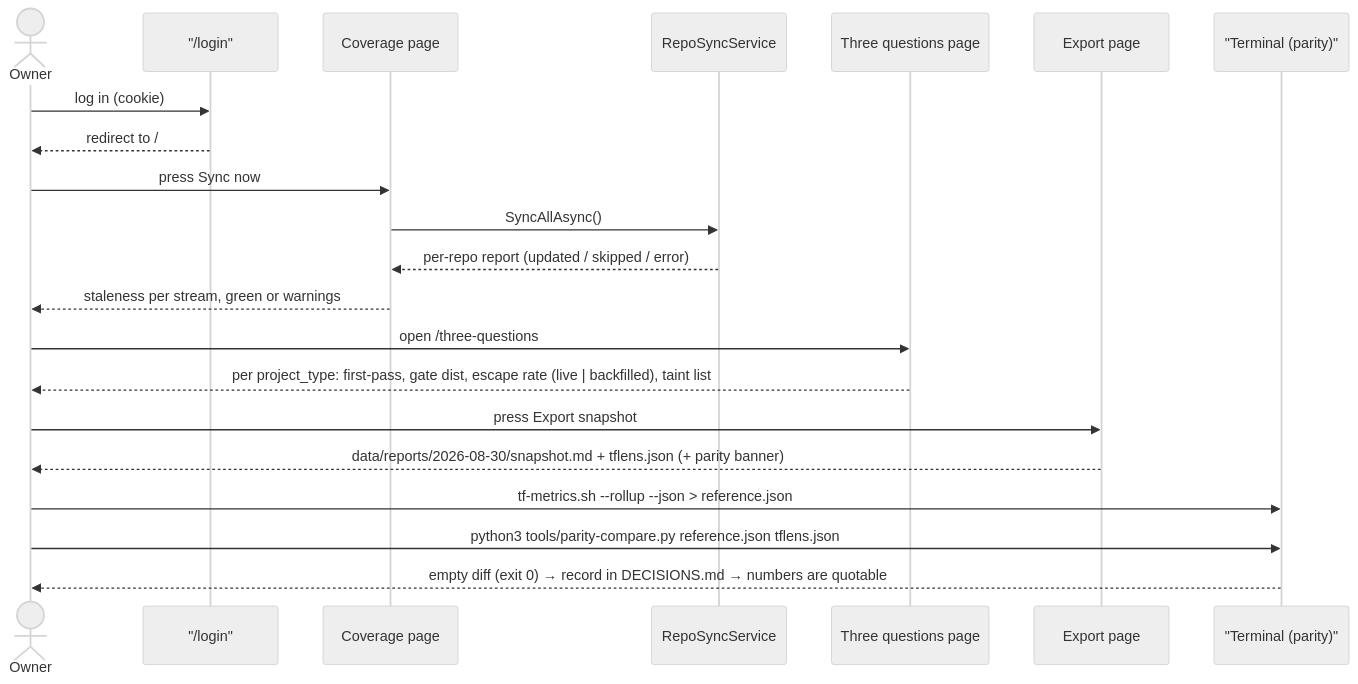
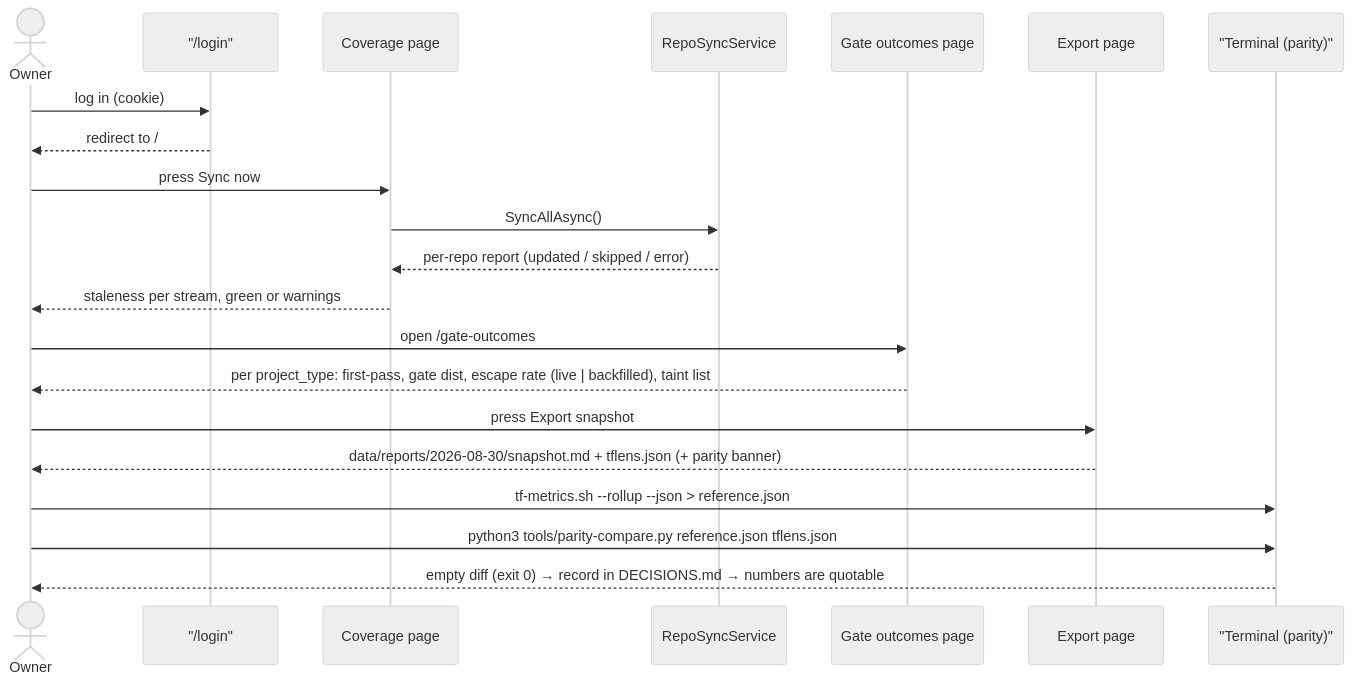
The second of 12 diagrams in docs/TfLens-BRD.md (techierathore/TfLens), drawn with Mermaid (neutral theme) before and after one commit. The commit also changed other lines of this file and 151 other files, not shown here.

````diff
--- a/docs/TfLens-BRD.md
+++ b/docs/TfLens-BRD.md
@@ -153,23 +164,23 @@
 ```mermaid
 sequenceDiagram
   actor O as Owner
   participant L as "/login"
   participant C as Coverage page
   participant S as RepoSyncService
-  participant Q as Three questions page
+  participant Q as Gate outcomes page
   participant E as Export page
   participant T as "Terminal (parity)"
   O->>L: log in (cookie)
   L-->>O: redirect to /
   O->>C: press Sync now
   C->>S: SyncAllAsync()
   S-->>C: per-repo report (updated / skipped / error)
   C-->>O: staleness per stream, green or warnings
-  O->>Q: open /three-questions
+  O->>Q: open /gate-outcomes
   Q-->>O: per project_type: first-pass, gate dist, escape rate (live | backfilled), taint list
   O->>E: press Export snapshot
   E-->>O: data/reports/2026-08-30/snapshot.md + tflens.json (+ parity banner)
   O->>T: tf-metrics.sh --rollup --json > reference.json
   O->>T: python3 tools/parity-compare.py reference.json tflens.json
   T-->>O: empty diff (exit 0) → record in DECISIONS.md → numbers are quotable
 ```
````
